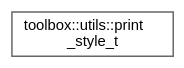
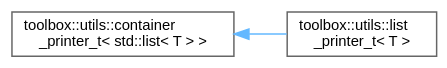
Before and after one commit to nerdneilsfield/cpp-toolbox: the diagram in inherit_graph_93.dot, drawn with Graphviz. The commit also changed 588 other files, not shown here.

```diff
--- a/inherit_graph_93.dot
+++ b/inherit_graph_93.dot
@@ -1,9 +1,11 @@
 digraph "Graphical Class Hierarchy"
 {
  // LATEX_PDF_SIZE
   bgcolor="transparent";
   edge [fontname=Helvetica,fontsize=10,labelfontname=Helvetica,labelfontsize=10];
   node [fontname=Helvetica,fontsize=10,shape=box,height=0.2,width=0.4];
   rankdir="LR";
-  Node0 [id="Node000000",label="toolbox::utils::print\l_style_t",height=0.2,width=0.4,color="grey40", fillcolor="white", style="filled",URL="$structtoolbox_1_1utils_1_1print__style__t.html",tooltip="打印风格设置/Print style settings"];
+  Node0 [id="Node000000",label="toolbox::utils::container\l_printer_t\< std::list\< T \> \>",height=0.2,width=0.4,color="grey40", fillcolor="white", style="filled",URL="$classtoolbox_1_1utils_1_1container__printer__t.html",tooltip=" "];
+  Node0 -> Node1 [id="edge59_Node000000_Node000001",dir="back",color="steelblue1",style="solid",tooltip=" "];
+  Node1 [id="Node000001",label="toolbox::utils::list\l_printer_t\< T \>",height=0.2,width=0.4,color="grey40", fillcolor="white", style="filled",URL="$classtoolbox_1_1utils_1_1list__printer__t.html",tooltip="List 打印器/List printer."];
 }
```
